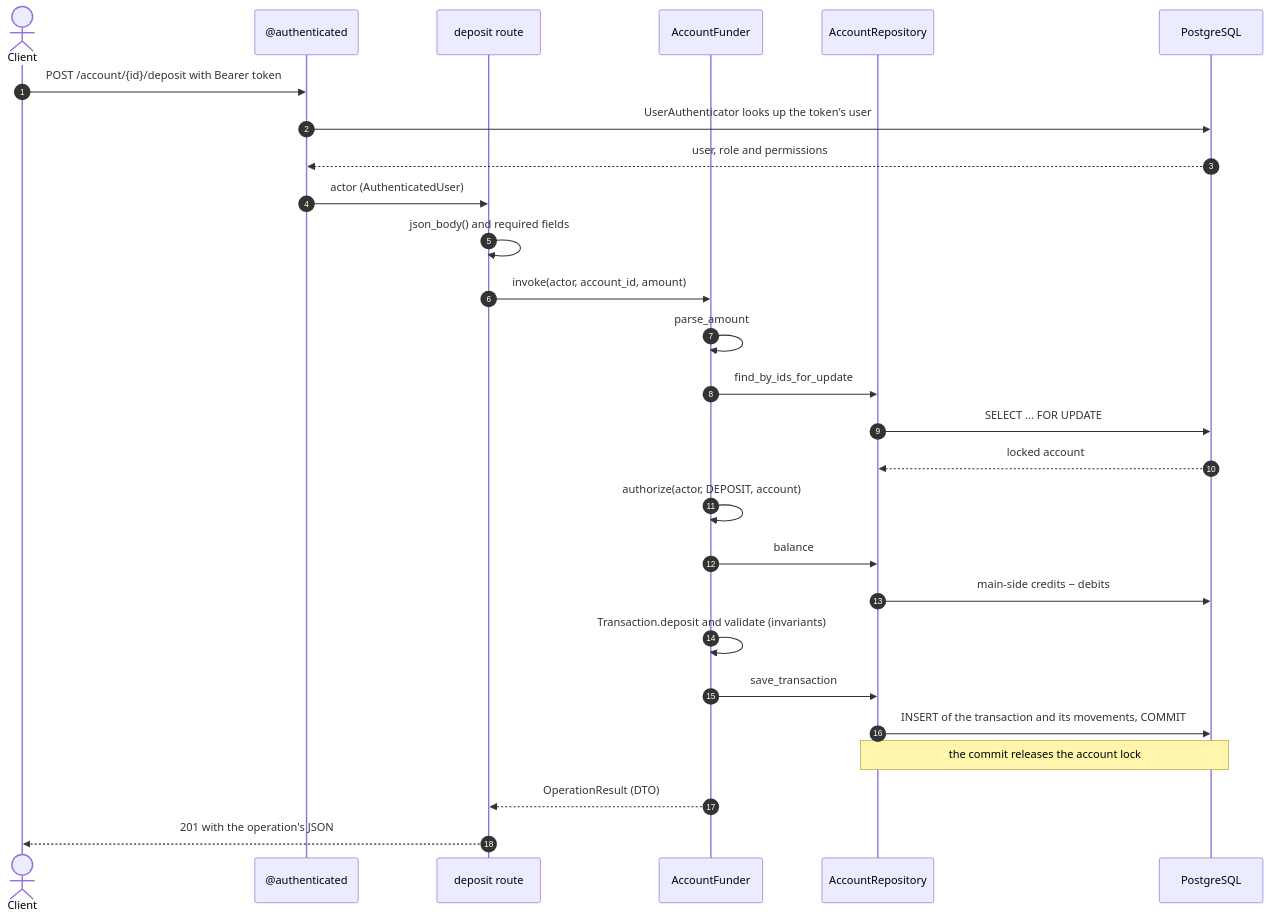
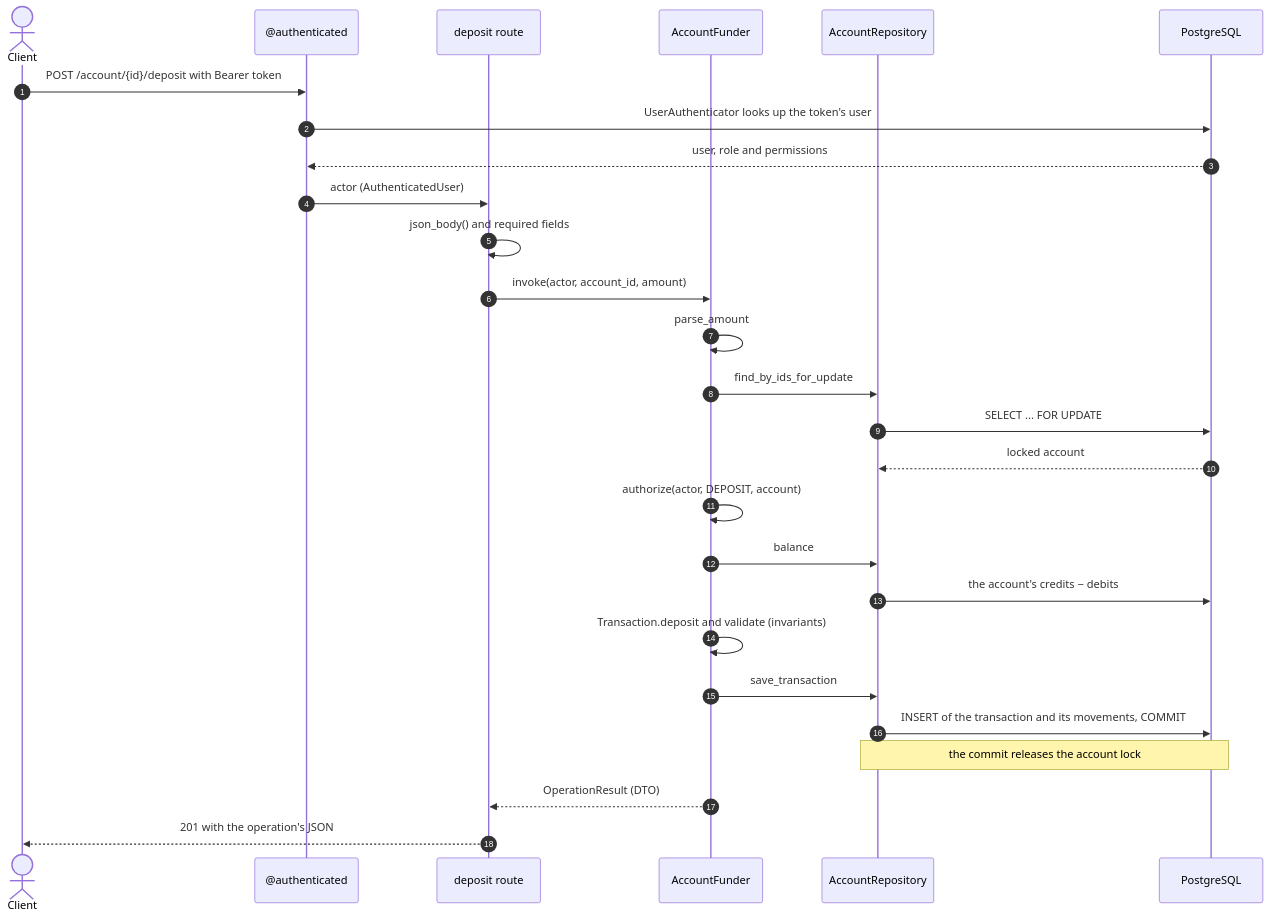
One commit to bernardo-colorado-dubois/banking-core changed the third of 3 diagrams in README.md. Above: the diagram before and after it, drawn with Mermaid. The commit also changed other lines of this file and 6 other files, not shown here.

````diff
--- a/README.md
+++ b/README.md
@@ -187,30 +187,30 @@
 ```mermaid
 sequenceDiagram
   autonumber
   actor Client
   participant Auth as @authenticated
   participant Route as deposit route
   participant Service as AccountFunder
   participant Repo as AccountRepository
   participant DB as PostgreSQL
 
   Client->>Auth: POST /account/{id}/deposit with Bearer token
   Auth->>DB: UserAuthenticator looks up the token's user
   DB-->>Auth: user, role and permissions
   Auth->>Route: actor (AuthenticatedUser)
   Route->>Route: json_body() and required fields
   Route->>Service: invoke(actor, account_id, amount)
   Service->>Service: parse_amount
   Service->>Repo: find_by_ids_for_update
   Repo->>DB: SELECT ... FOR UPDATE
   DB-->>Repo: locked account
   Service->>Service: authorize(actor, DEPOSIT, account)
   Service->>Repo: balance
-  Repo->>DB: main-side credits − debits
+  Repo->>DB: the account's credits − debits
   Service->>Service: Transaction.deposit and validate (invariants)
   Service->>Repo: save_transaction
   Repo->>DB: INSERT of the transaction and its movements, COMMIT
   Note over Repo,DB: the commit releases the account lock
   Service-->>Route: OperationResult (DTO)
   Route-->>Client: 201 with the operation's JSON
 ```
````
